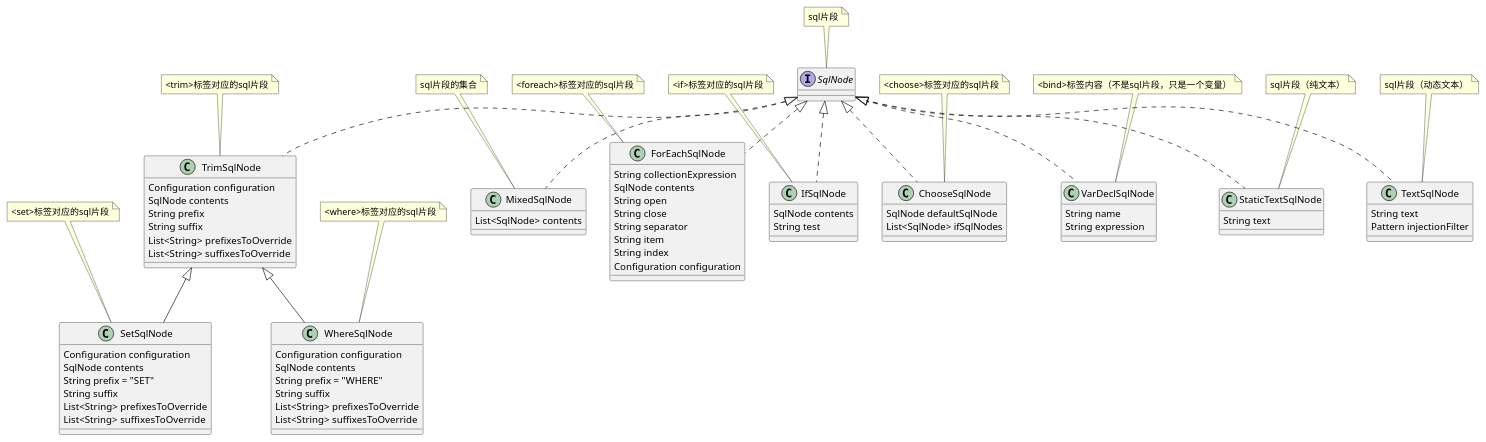
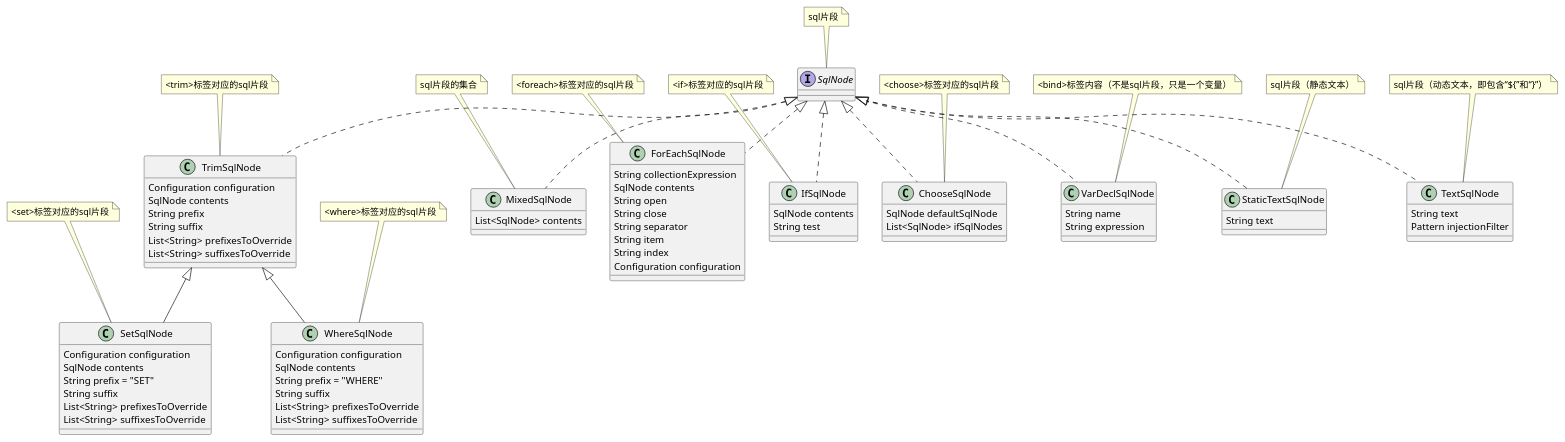
Before and after one commit to kxumiaoing/mybatis-3.5.2-src: the diagram in mybatis-core/src/main/resources/SqlNodeFamily.puml, drawn with PlantUML. The commit also changed 35 other files, not shown here.

```diff
--- a/mybatis-core/src/main/resources/SqlNodeFamily.puml
+++ b/mybatis-core/src/main/resources/SqlNodeFamily.puml
@@ -1,105 +1,105 @@
 @startuml
 
 
 class TrimSqlNode implements SqlNode
 note top of SqlNode
   sql片段
 end note
 
 TrimSqlNode : Configuration configuration
 TrimSqlNode : SqlNode contents
 TrimSqlNode : String prefix
 TrimSqlNode : String suffix
 TrimSqlNode : List<String> prefixesToOverride
 TrimSqlNode : List<String> suffixesToOverride
 note top of TrimSqlNode
   <trim>标签对应的sql片段
 end note
 
 class SetSqlNode extends TrimSqlNode
 
 SetSqlNode : Configuration configuration
 SetSqlNode : SqlNode contents
 SetSqlNode : String prefix = "SET"
 SetSqlNode : String suffix
 SetSqlNode : List<String> prefixesToOverride
 SetSqlNode : List<String> suffixesToOverride
 note top of SetSqlNode
   <set>标签对应的sql片段
 end note
 
 class WhereSqlNode extends TrimSqlNode
 
 WhereSqlNode : Configuration configuration
 WhereSqlNode : SqlNode contents
 WhereSqlNode : String prefix = "WHERE"
 WhereSqlNode : String suffix
 WhereSqlNode : List<String> prefixesToOverride
 WhereSqlNode : List<String> suffixesToOverride
 note top of WhereSqlNode
   <where>标签对应的sql片段
 end note
 
 
 
 
 class MixedSqlNode implements SqlNode
 MixedSqlNode : List<SqlNode> contents
 note top of MixedSqlNode
   sql片段的集合
 end note
 
 class ForEachSqlNode implements SqlNode
 
 ForEachSqlNode : String collectionExpression
 ForEachSqlNode : SqlNode contents
 ForEachSqlNode : String open
 ForEachSqlNode : String close
 ForEachSqlNode : String separator
 ForEachSqlNode : String item
 ForEachSqlNode : String index
 ForEachSqlNode : Configuration configuration
 note top of ForEachSqlNode
   <foreach>标签对应的sql片段
 end note
 
 class IfSqlNode implements SqlNode
 
 IfSqlNode : SqlNode contents
 IfSqlNode : String test
 note top of IfSqlNode
   <if>标签对应的sql片段
 end note
 
 class ChooseSqlNode implements SqlNode
 
 ChooseSqlNode : SqlNode defaultSqlNode
 ChooseSqlNode : List<SqlNode> ifSqlNodes
 note top of ChooseSqlNode
   <choose>标签对应的sql片段
 end note
 
 class VarDeclSqlNode implements SqlNode
 
 VarDeclSqlNode : String name
 VarDeclSqlNode : String expression
 note top of VarDeclSqlNode
   <bind>标签内容（不是sql片段，只是一个变量）
 end note
 
 class StaticTextSqlNode implements SqlNode
 
 StaticTextSqlNode : String text
 note top of StaticTextSqlNode
-  sql片段（纯文本）
+  sql片段（静态文本）
 end note
 
 class TextSqlNode implements SqlNode
 
 TextSqlNode : String text
 TextSqlNode : Pattern injectionFilter
 note top of TextSqlNode
-  sql片段（动态文本）
+  sql片段（动态文本，即包含“${”和“}”）
 end note
 
 @enduml
```
